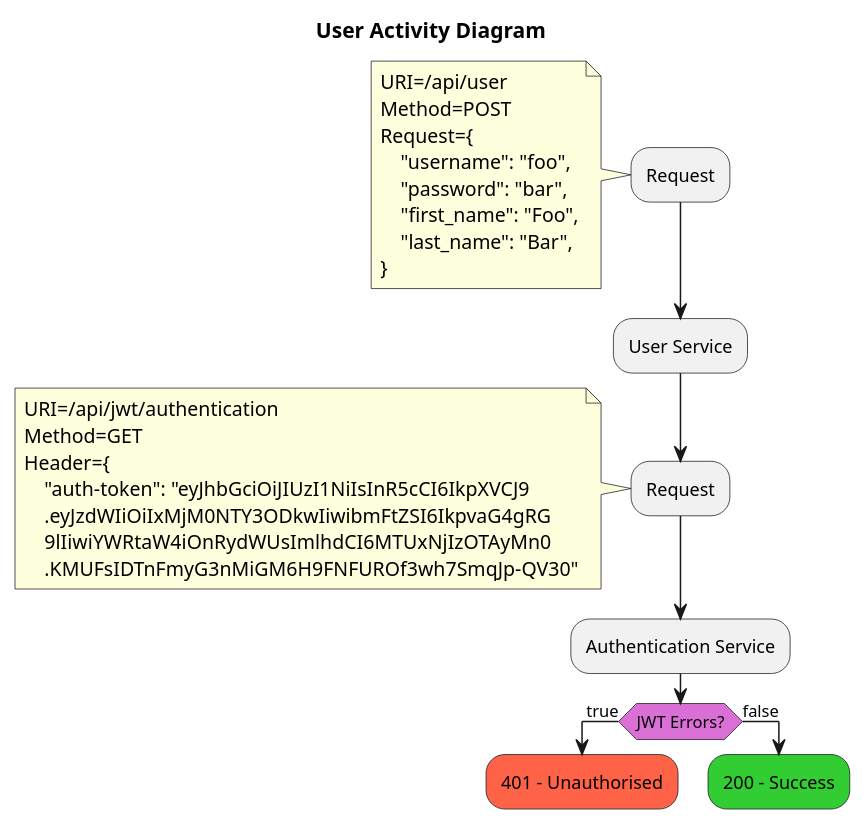
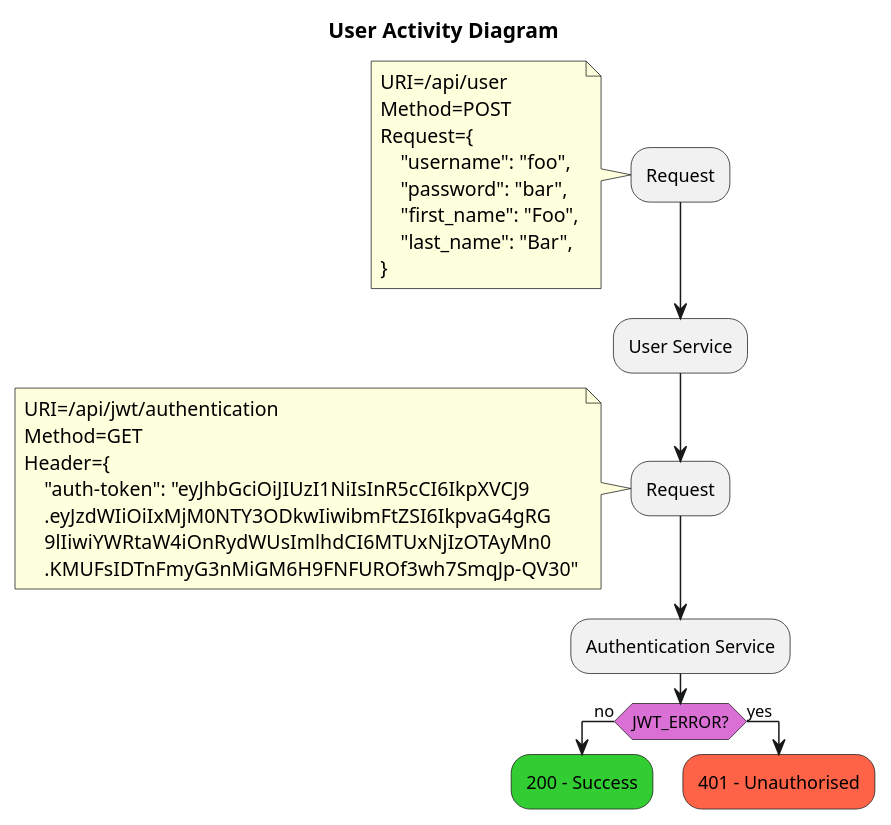
Before and after one commit to darrylmorton/ct-iot-user-service-k8s: the diagram in docs/diagrams/routes/User_Activity_Diagram.puml, drawn with PlantUML. The commit also changed 3 other files, not shown here.

Commit message:
docs: updated diagrams

```diff
--- a/docs/diagrams/routes/User_Activity_Diagram.puml
+++ b/docs/diagrams/routes/User_Activity_Diagram.puml
@@ -1,42 +1,42 @@
 @startuml
 'https://plantuml.com/activity-diagram-beta
 
 title User Activity Diagram
 
 :Request;
 note
 URI=/api/user
 Method=POST
 Request={
     "username": "foo",
     "password": "bar",
     "first_name": "Foo",
     "last_name": "Bar",
 }
 end note
 
 :User Service;
 
 :Request;
 note
 URI=/api/jwt/authentication
 Method=GET
 Header={
     "auth-token": "eyJhbGciOiJIUzI1NiIsInR5cCI6IkpXVCJ9
     .eyJzdWIiOiIxMjM0NTY3ODkwIiwibmFtZSI6IkpvaG4gRG
     9lIiwiYWRtaW4iOnRydWUsImlhdCI6MTUxNjIzOTAyMn0
     .KMUFsIDTnFmyG3nMiGM6H9FNFUROf3wh7SmqJp-QV30"
 end note
 
 :Authentication Service;
 
 skinparam ActivityDiamondBackgroundColor orchid
-if (JWT Errors?) then (true)
+if (JWT_ERROR?) then (no)
+    #limegreen:200 - Success;
+    kill;
+else (yes)
     #tomato:401 - Unauthorised;
-    kill;
-else (false)
-    #limegreen:200 - Success;
     kill;
 endif
 
 @enduml
```
